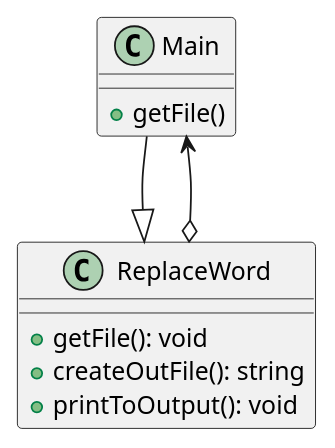
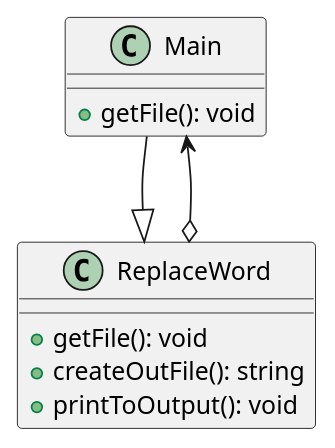
One commit to GabrielFernandez14/fernandez-cop3330-assignment3 changed the diagram in src/main/java/oop/assignment3/ex45/base/WordFinder.puml. Above: the diagram before and after it, drawn with PlantUML. The commit also changed 11 other files, not shown here.

```diff
--- a/src/main/java/oop/assignment3/ex45/base/WordFinder.puml
+++ b/src/main/java/oop/assignment3/ex45/base/WordFinder.puml
@@ -1,16 +1,16 @@
 @startuml
 'https://plantuml.com/class-diagram
 
 class Main {
-    + getFile()
+    + getFile(): void
 }
 
 class ReplaceWord {
     + getFile(): void
     + createOutFile(): string
     + printToOutput(): void
 }
 
 Main --|> ReplaceWord
 Main <--o ReplaceWord
 @enduml
```
